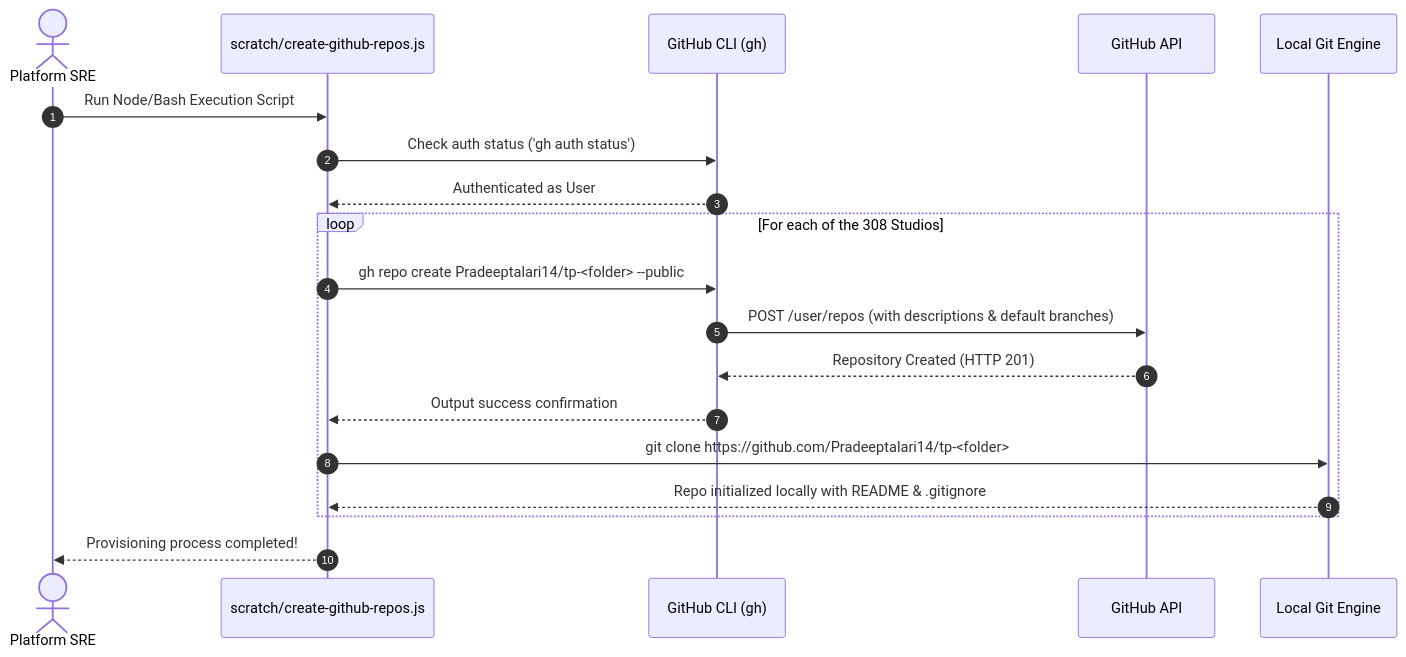
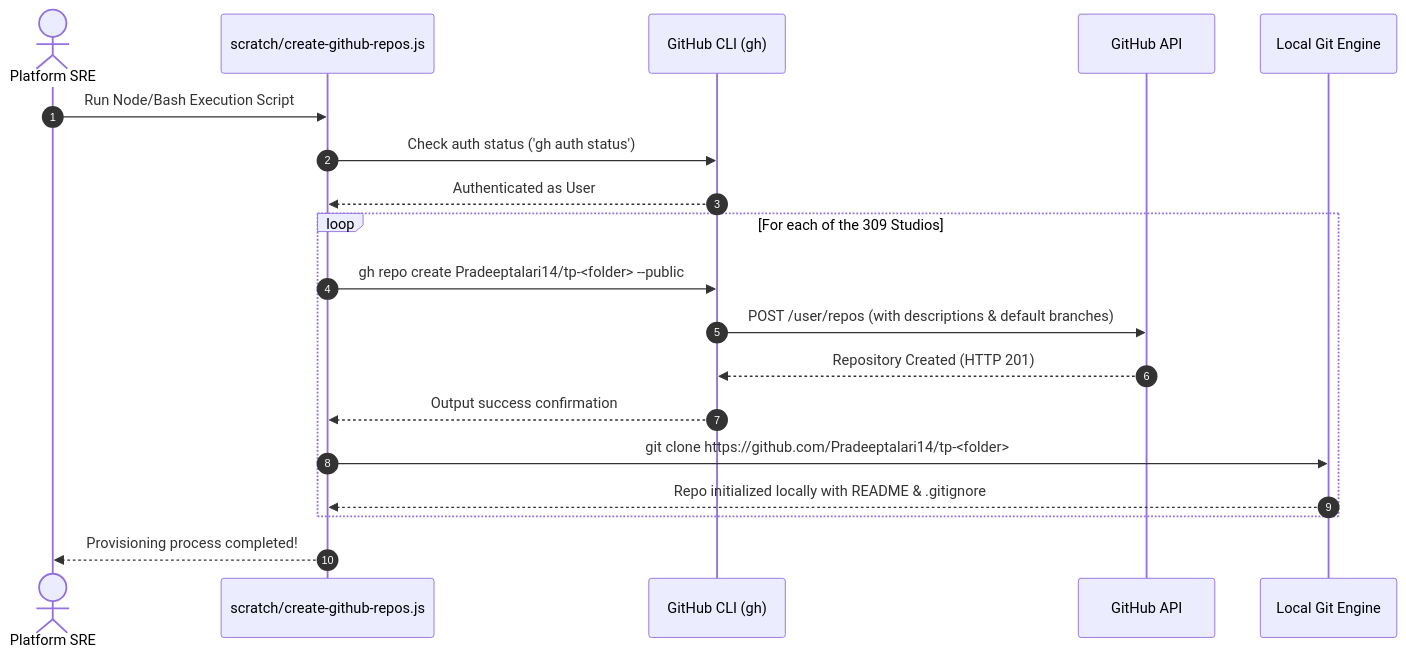
One commit to Pradeeptalari14/portfolio changed the first of 2 diagrams in GITHUB_PROVISIONING_GUIDE.md. Above: the diagram before and after it, drawn with Mermaid. The commit also changed other lines of this file and 22 other files, not shown here.

````diff
--- a/GITHUB_PROVISIONING_GUIDE.md
+++ b/GITHUB_PROVISIONING_GUIDE.md
@@ -25,22 +25,22 @@
 ```mermaid
 sequenceDiagram
     autonumber
     actor Engineer as Platform SRE
     participant Script as scratch/create-github-repos.js
     participant gh as GitHub CLI (gh)
     participant API as GitHub API
     participant Git as Local Git Engine
 
     Engineer->>Script: Run Node/Bash Execution Script
     Script->>gh: Check auth status ('gh auth status')
     gh-->>Script: Authenticated as User
-    loop For each of the 308 Studios
+    loop For each of the 309 Studios
         Script->>gh: gh repo create Pradeeptalari14/tp-<folder> --public
         gh->>API: POST /user/repos (with descriptions & default branches)
         API-->>gh: Repository Created (HTTP 201)
         gh-->>Script: Output success confirmation
         Script->>Git: git clone https://github.com/Pradeeptalari14/tp-<folder>
         Git-->>Script: Repo initialized locally with README & .gitignore
     end
     Script-->>Engineer: Provisioning process completed!
 ```
````
